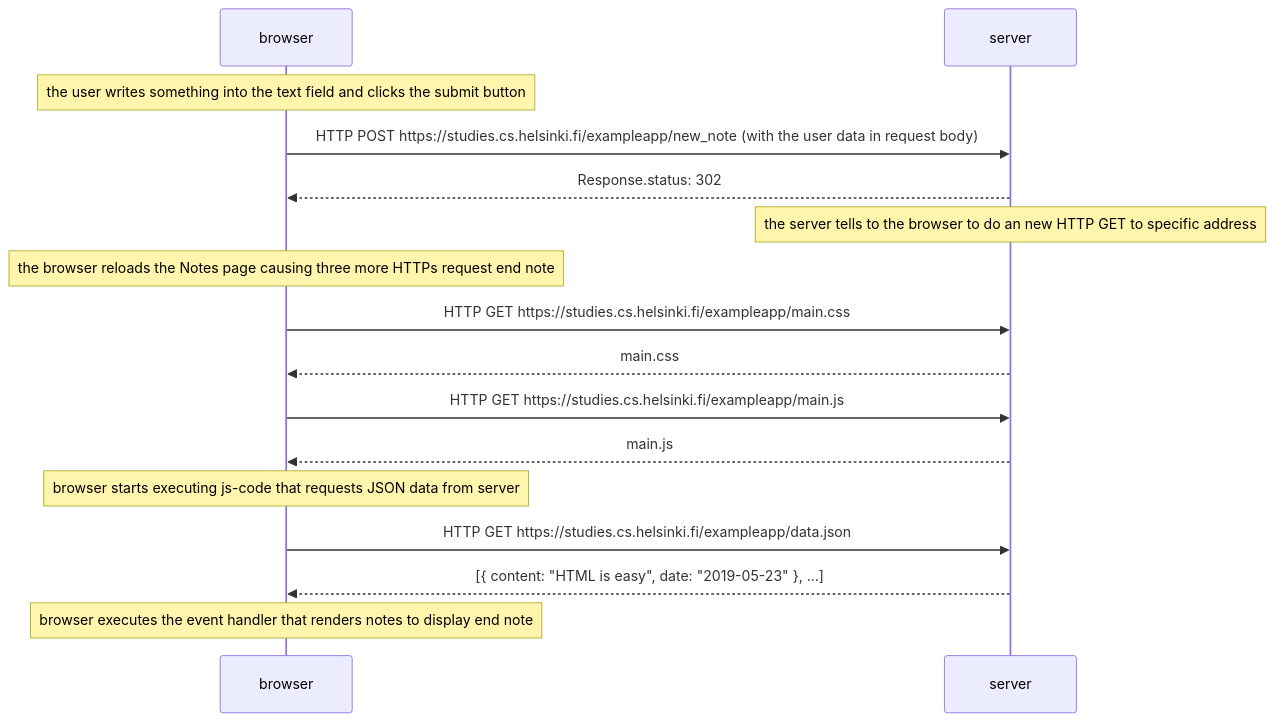
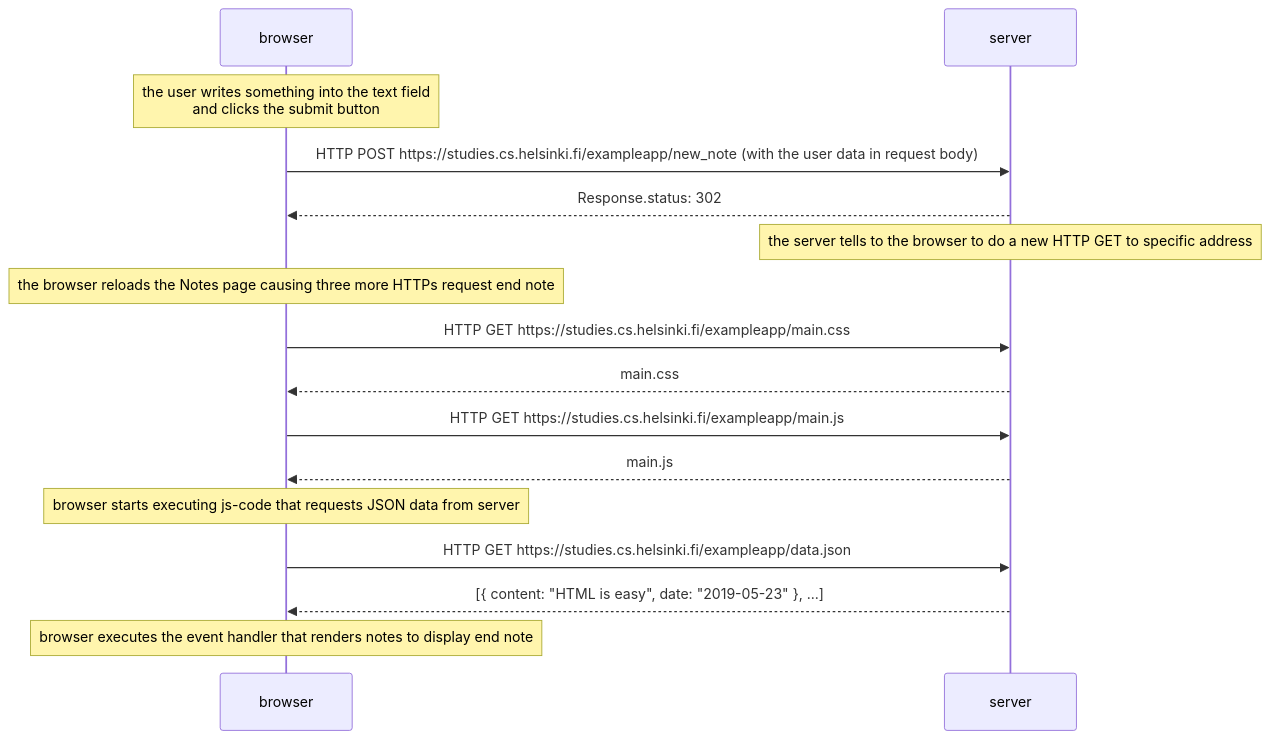
One commit to hectormoba/full-stack-open-2022 changed the diagram in part0/newnote.md. Above: the diagram before and after it, drawn with Mermaid.

Commit message:
added new line

````diff
--- a/part0/newnote.md
+++ b/part0/newnote.md
@@ -3,25 +3,25 @@
 ```mermaid
 sequenceDiagram
 
-note over browser: the user writes something into the text field and clicks the submit button
+note over browser: the user writes something into the text field<br/>and clicks the submit button
 
 browser->>server: HTTP POST https://studies.cs.helsinki.fi/exampleapp/new_note (with the user data in request body)
 server-->>browser: Response.status: 302
 
-note over server: the server tells to the browser to do an new HTTP GET to specific address
+note over server: the server tells to the browser to do a new HTTP GET to specific address
 
 note over browser: the browser reloads the Notes page causing three more HTTPs request end note
 
 browser->>server: HTTP GET https://studies.cs.helsinki.fi/exampleapp/main.css
 server-->>browser: main.css
 browser->>server: HTTP GET https://studies.cs.helsinki.fi/exampleapp/main.js
 server-->>browser: main.js
 
 note over browser: browser starts executing js-code that requests JSON data from server
 
 browser->>server: HTTP GET https://studies.cs.helsinki.fi/exampleapp/data.json
 server-->>browser: [{ content: "HTML is easy", date: "2019-05-23" }, ...]
 
 note over browser: browser executes the event handler that renders notes to display end note
 
 ```
````
